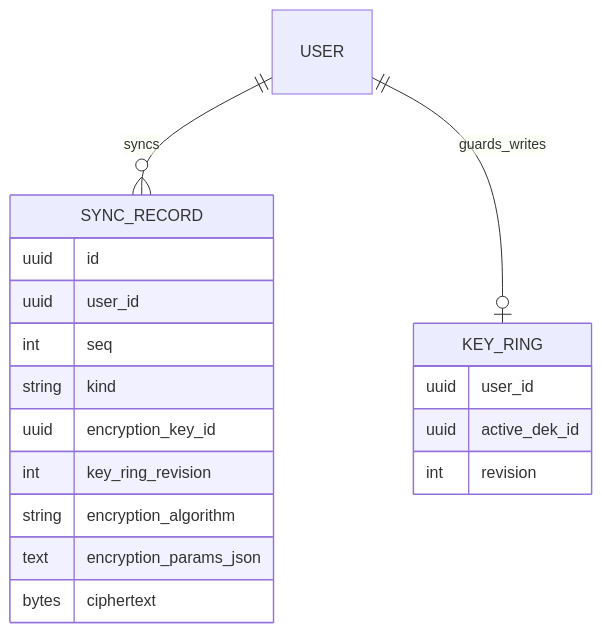
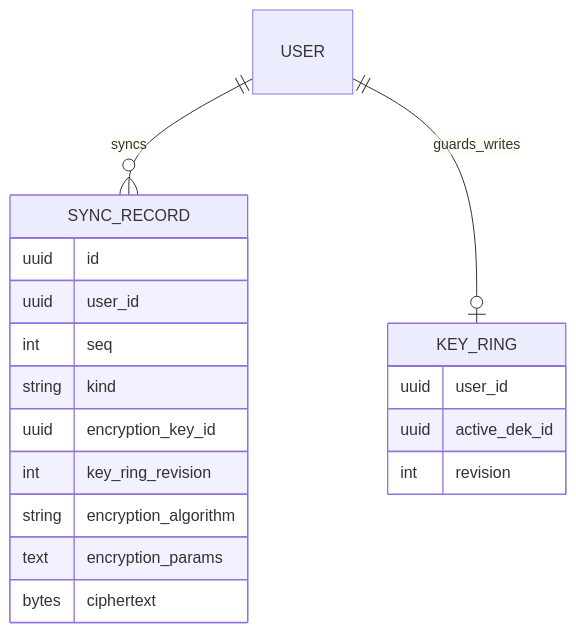
Before and after one commit to balakin/autokpo: the first of 7 diagrams in apps/app/docs/sync.md, drawn with Mermaid. The commit also changed 8 other files, not shown here.

Commit message:
feat: remove json prefix from params

````diff
--- a/apps/app/docs/sync.md
+++ b/apps/app/docs/sync.md
@@ -19,23 +19,23 @@
 ```mermaid
 erDiagram
   USER ||--o{ SYNC_RECORD : syncs
   USER ||--o| KEY_RING : guards_writes
 
   SYNC_RECORD {
     uuid id
     uuid user_id
     int seq
     string kind
     uuid encryption_key_id
     int key_ring_revision
     string encryption_algorithm
-    text encryption_params_json
+    text encryption_params
     bytes ciphertext
   }
 
   KEY_RING {
     uuid user_id
     uuid active_dek_id
     int revision
   }
 ```
````
